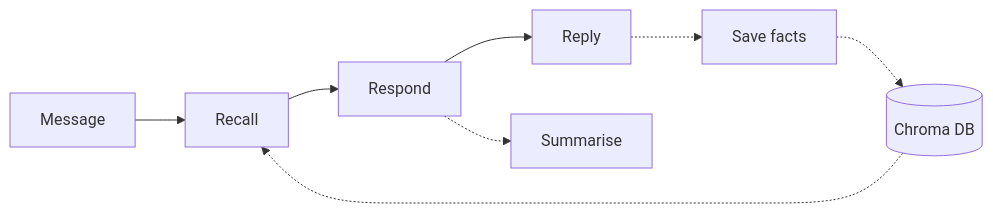
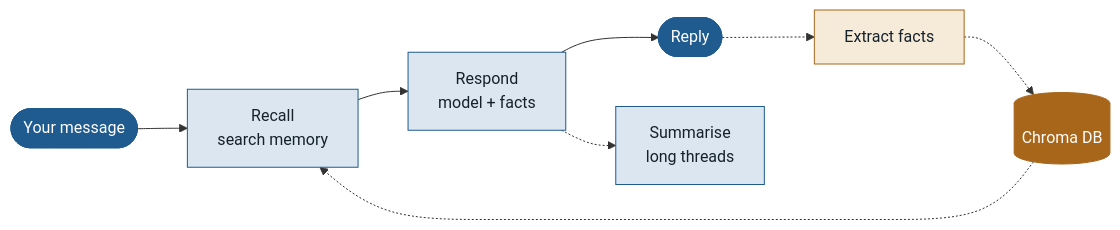
Before and after one commit to manjuv03/Personalized-AI-Assistant-with-Contextual-Recall: the first of 2 diagrams in README.md, drawn with Mermaid. The commit also changed other lines of this file and 2 other files, not shown here.

Commit message:
Polish README and colour the diagrams

````diff
--- a/README.md
+++ b/README.md
@@ -26,6 +44,11 @@
 ```mermaid
 flowchart LR
-    M[Message] --> R[Recall] --> A[Respond] --> O[Reply]
-    A -.-> S[Summarise]
-    O -.-> X[Save facts] -.-> C[(Chroma DB)] -.-> R
+    M([Your message]):::io --> R[Recall<br/>search memory]:::step --> A[Respond<br/>model + facts]:::step --> O([Reply]):::io
+    A -.-> S[Summarise<br/>long threads]:::step
+    O -.-> X[Extract facts]:::bg -.-> C[(Chroma DB)]:::store -.-> R
+
+    classDef io fill:#1f5b8f,stroke:#1f5b8f,color:#ffffff
+    classDef step fill:#dbe6f0,stroke:#1f5b8f,color:#15212b
+    classDef bg fill:#f6ead9,stroke:#a8661a,color:#15212b
+    classDef store fill:#a8661a,stroke:#a8661a,color:#ffffff
 ```
````
